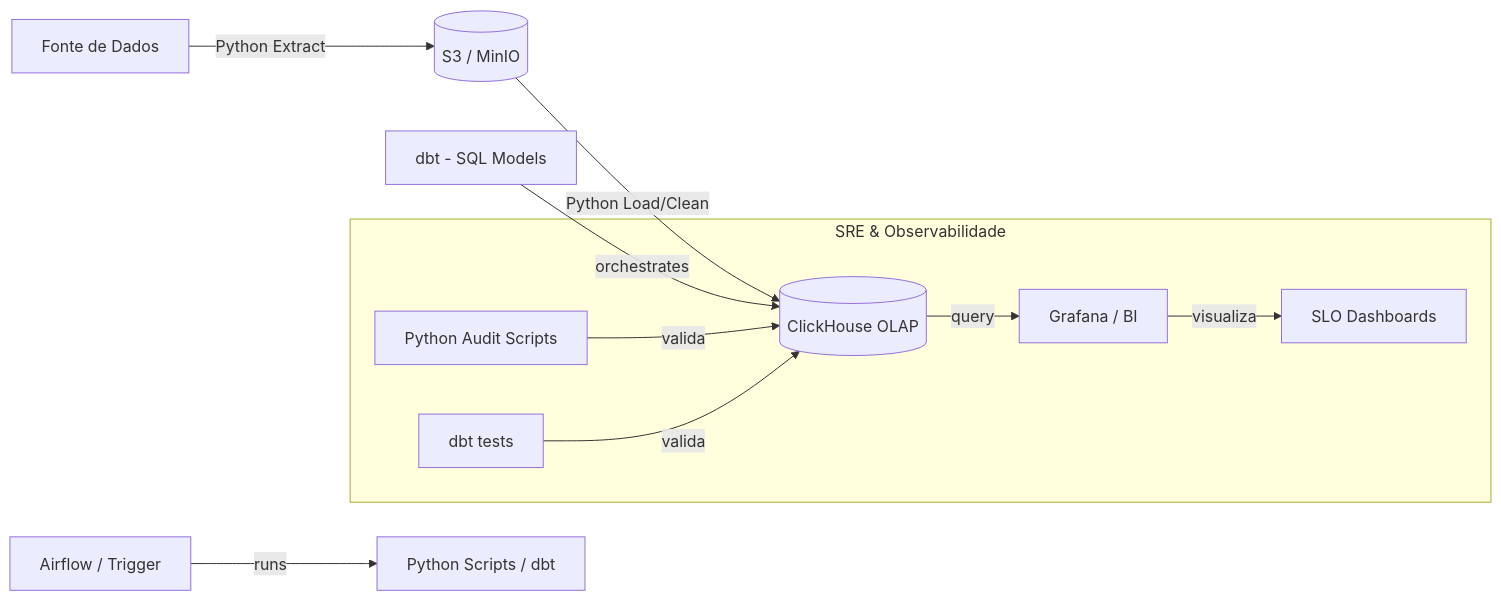
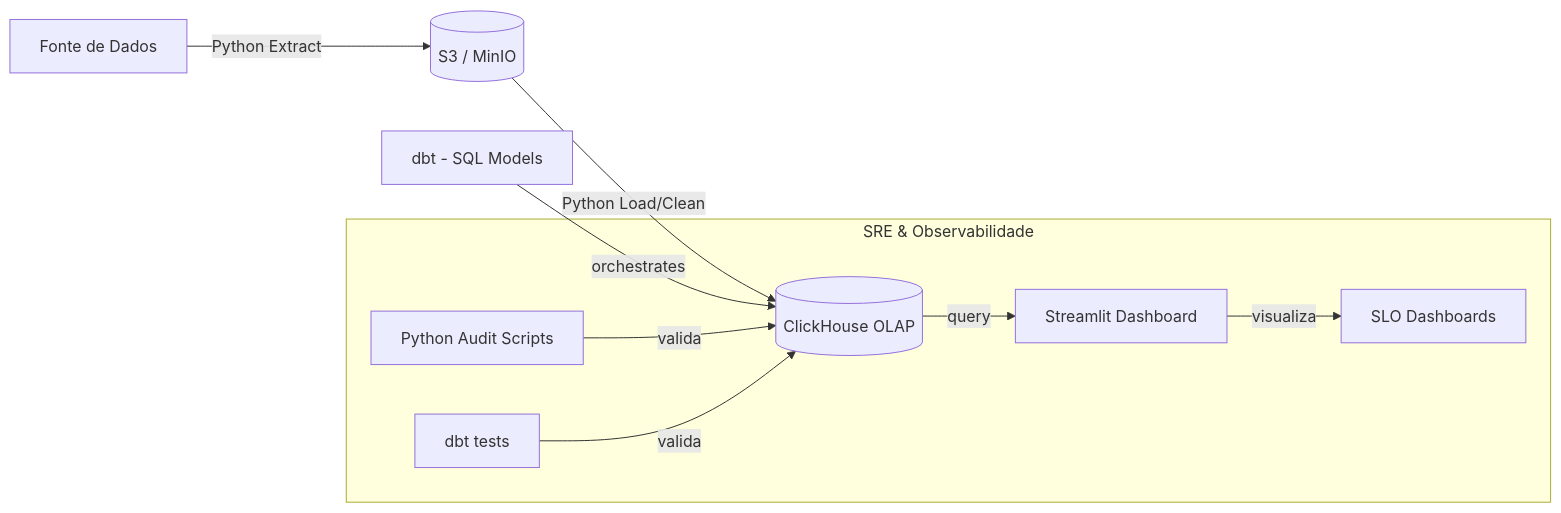
The diagram in documents/08_system_design.md (pygaudiello/20261sre-projeto-final), drawn with Mermaid before and after one commit. The commit also changed other lines of this file and 11 other files, not shown here.

````diff
--- a/documents/08_system_design.md
+++ b/documents/08_system_design.md
@@ -5,14 +5,13 @@
 ```mermaid
 graph LR
     SRC[Fonte de Dados] -- Python Extract --> SUB_S3[("S3 / MinIO")]
     SUB_S3 -- Python Load/Clean --> CH[(ClickHouse OLAP)]
     DBT[dbt - SQL Models] -- "orchestrates" --> CH
-    AF[Airflow / Trigger] -- "runs" --> PY_SCR[Python Scripts / dbt]
-    CH -- query --> GNF[Grafana / BI]
+    CH -- query --> ST[Streamlit Dashboard]
     
     subgraph SRE & Observabilidade
         PY_AUD[Python Audit Scripts] -- valida --> CH
         DBT_T[dbt tests] -- valida --> CH
-        GNF -- visualiza --> SLO[SLO Dashboards]
+        ST -- visualiza --> SLO[SLO Dashboards]
     end
 ```
````
